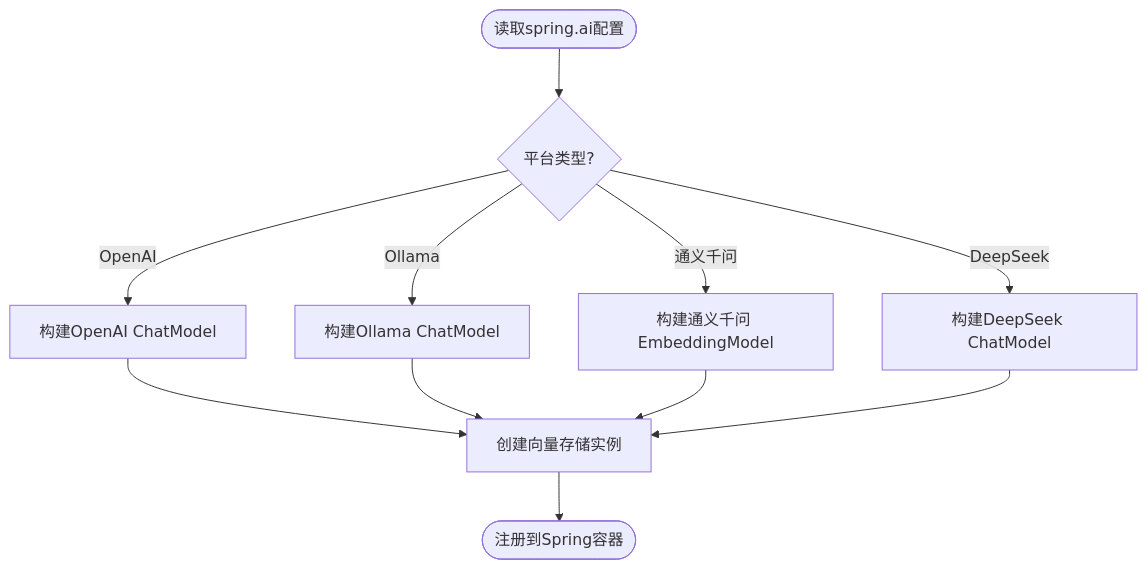
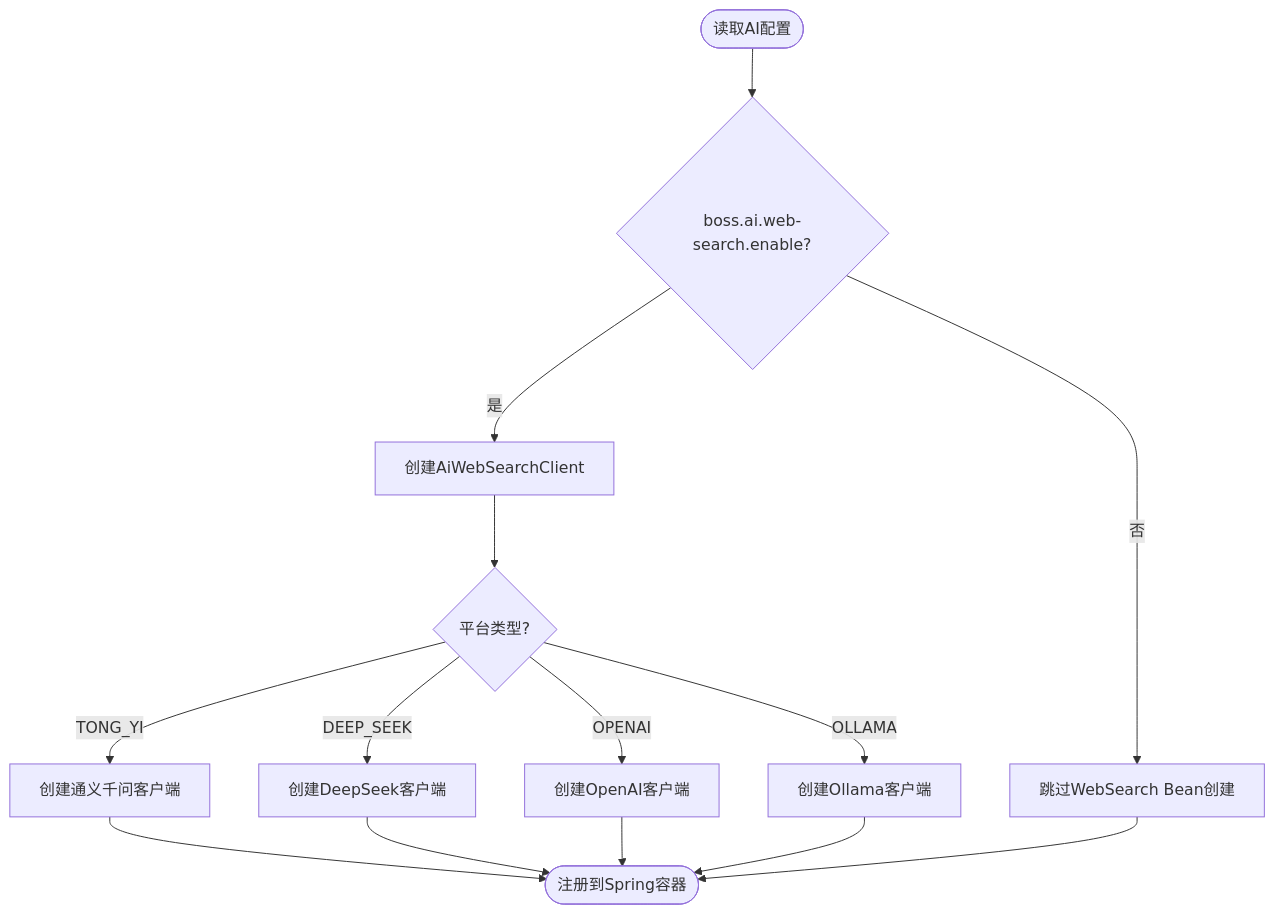
The fifth of 6 diagrams in .qoder/repowiki/zh/content/配置指南.md (X555LB/data-ai), drawn with Mermaid before and after one commit. The commit also changed other lines of this file and 9 other files, not shown here.

````diff
--- a/.qoder/repowiki/zh/content/配置指南.md
+++ b/.qoder/repowiki/zh/content/配置指南.md
@@ -270,13 +322,16 @@
 ```mermaid
 flowchart TD
-Start(["读取spring.ai配置"]) --> CheckPlatform{"平台类型?"}
-CheckPlatform --> |OpenAI| BuildOpenAI["构建OpenAI ChatModel"]
-CheckPlatform --> |Ollama| BuildOllama["构建Ollama ChatModel"]
-CheckPlatform --> |通义千问| BuildTongYi["构建通义千问 EmbeddingModel"]
-CheckPlatform --> |DeepSeek| BuildDeepSeek["构建DeepSeek ChatModel"]
-BuildOpenAI --> VectorStore["创建向量存储实例"]
-BuildOllama --> VectorStore
-BuildTongYi --> VectorStore
-BuildDeepSeek --> VectorStore
-VectorStore --> Done(["注册到Spring容器"])
+Start(["读取AI配置"]) --> CheckWebSearch{"boss.ai.web-search.enable?"}
+CheckWebSearch --> |否| Skip["跳过WebSearch Bean创建"]
+CheckWebSearch --> |是| BuildWeb["创建AiWebSearchClient"]
+BuildWeb --> CheckPlatform{"平台类型?"}
+CheckPlatform --> |TONG_YI| BuildTY["创建通义千问客户端"]
+CheckPlatform --> |DEEP_SEEK| BuildDS["创建DeepSeek客户端"]
+CheckPlatform --> |OPENAI| BuildOA["创建OpenAI客户端"]
+CheckPlatform --> |OLLAMA| BuildOL["创建Ollama客户端"]
+BuildTY --> Done(["注册到Spring容器"])
+BuildDS --> Done
+BuildOA --> Done
+BuildOL --> Done
+Skip --> Done
 ```
````
